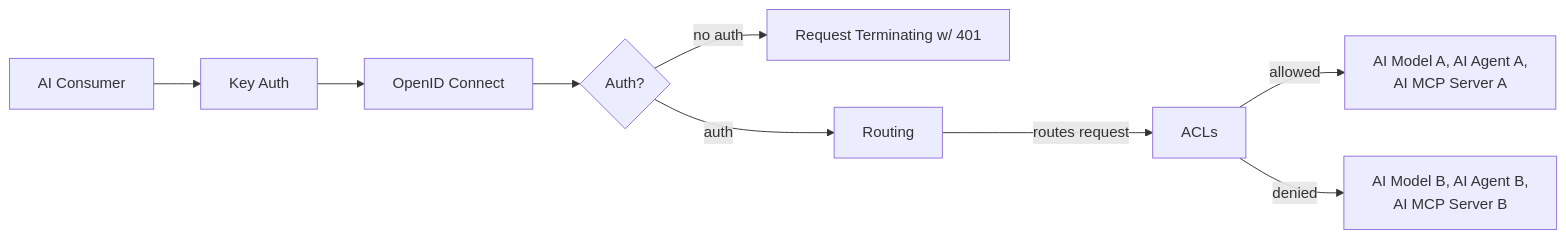
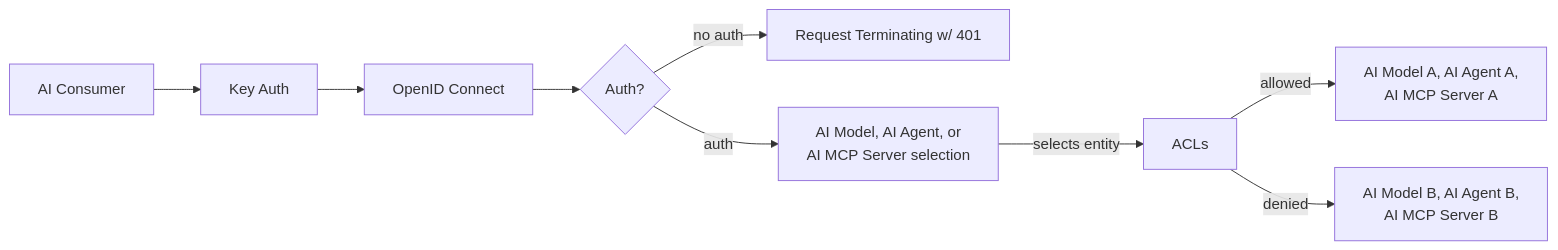
One commit to Kong/developer.konghq.com changed the diagram in app/_ai_gateway_entities/ai-identity-provider.md. Above: the diagram before and after it, drawn with Mermaid. The commit also changed other lines of this file and 2 other files, not shown here.

Commit message:
Apply review comments

```diff
--- a/app/_ai_gateway_entities/ai-identity-provider.md
+++ b/app/_ai_gateway_entities/ai-identity-provider.md
@@ -104,21 +104,21 @@
 {% mermaid %}
 flowchart LR
     Client["AI Consumer"]
     KeyAuth["Key Auth"]
     OIDC["OpenID Connect"]
     Decision{Auth?}
     AnonErr["Request Terminating w/ 401"]
-    Route["Routing"]
+    Select["AI Model, AI Agent, or<br/>AI MCP Server selection"]
     ACLs["ACLs"]
     Allowed["AI Model A, AI Agent A,<br/>AI MCP Server A"]
     Denied["AI Model B, AI Agent B,<br/>AI MCP Server B"]
 
     Client-->KeyAuth
     KeyAuth-->OIDC
     OIDC-->Decision
     Decision-->|no auth|AnonErr
-    Decision-->|auth|Route
-    Route-->|routes request|ACLs
+    Decision-->|auth|Select
+    Select-->|selects entity|ACLs
     ACLs-->|allowed|Allowed
     ACLs-->|denied|Denied
 {% endmermaid %}
```
